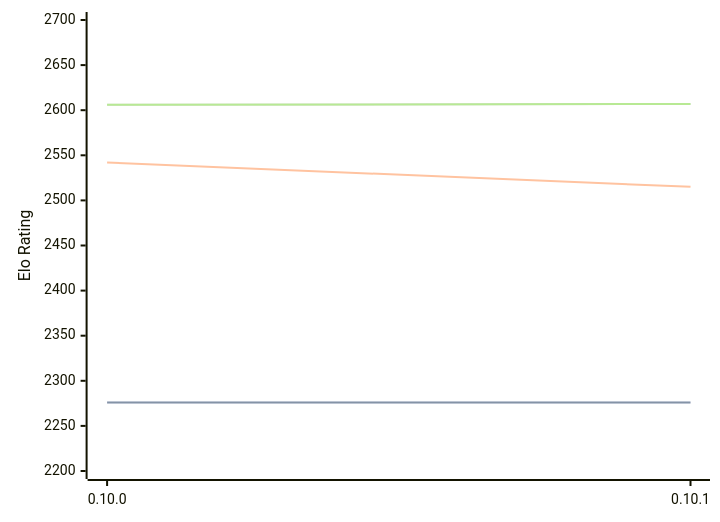
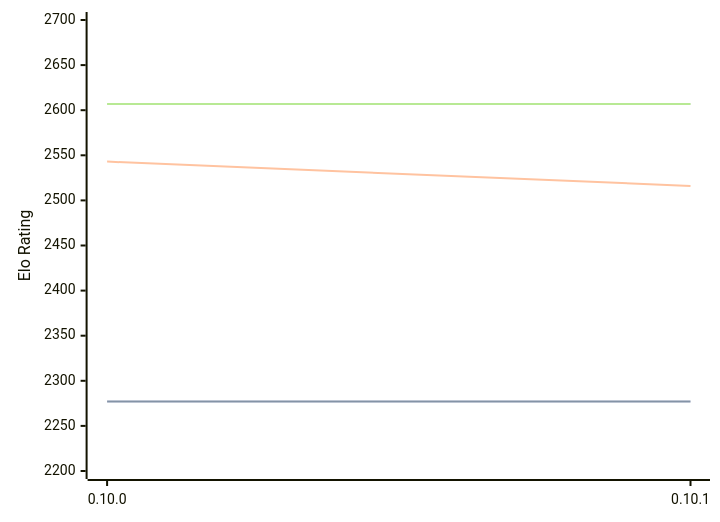
Before and after one commit to computer-chess-index/cci: the diagram in engines/Fatalii.md, drawn with Mermaid. The commit also changed other lines of this file, not shown here.

Commit message:
Update CCI Ratings (ELO VLTC) - 2026-09-14

````diff
--- a/engines/Fatalii.md
+++ b/engines/Fatalii.md
@@ -32,11 +32,11 @@
 ```mermaid
 %%{init: {"theme":"base","themeVariables":{"seriesColors:['#a3a3a3','#222221','#faa371']}}}%%
 xychart-beta
   x-axis ["0.10.0", "0.10.1"]
   y-axis "Elo Rating" 2200 --> 2700
-  line "" [2276, 2276]
-  line "STC (8.0+0.08s)" [2276, 2276]
-  line "LTC (60.0+0.60s)" [2542, 2515]
-  line "" [2606, 2607]
-  line "VLTC (2m24s+1.12s)" [2606, 2607]
+  line "" [2277, 2277]
+  line "STC (8.0+0.08s)" [2277, 2277]
+  line "LTC (60.0+0.60s)" [2543, 2516]
+  line "" [2607, 2607]
+  line "VLTC (2m24s+1.12s)" [2607, 2607]
 ```
````
